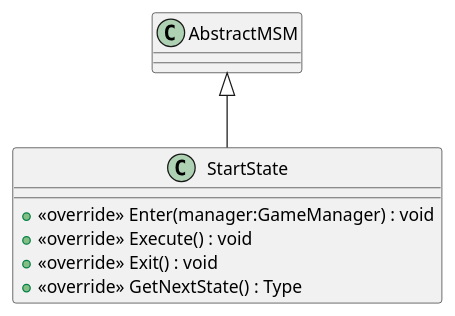
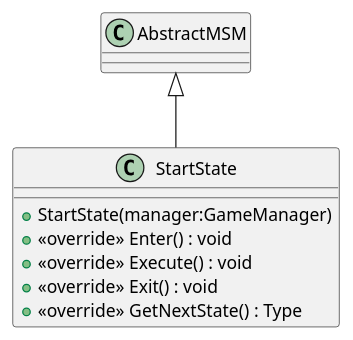
One commit to Ubus99/AR_Project changed the diagram in Documentation/puml/Assets/Scripts/StateMachine/StartState.puml. Above: the diagram before and after it, drawn with PlantUML. The commit also changed 12 other files, not shown here.

```diff
--- a/Documentation/puml/Assets/Scripts/StateMachine/StartState.puml
+++ b/Documentation/puml/Assets/Scripts/StateMachine/StartState.puml
@@ -1,9 +1,10 @@
 @startuml
 class StartState {
-    + <<override>> Enter(manager:GameManager) : void
+    + StartState(manager:GameManager)
+    + <<override>> Enter() : void
     + <<override>> Execute() : void
     + <<override>> Exit() : void
     + <<override>> GetNextState() : Type
 }
 AbstractMSM <|-- StartState
 @enduml
```
